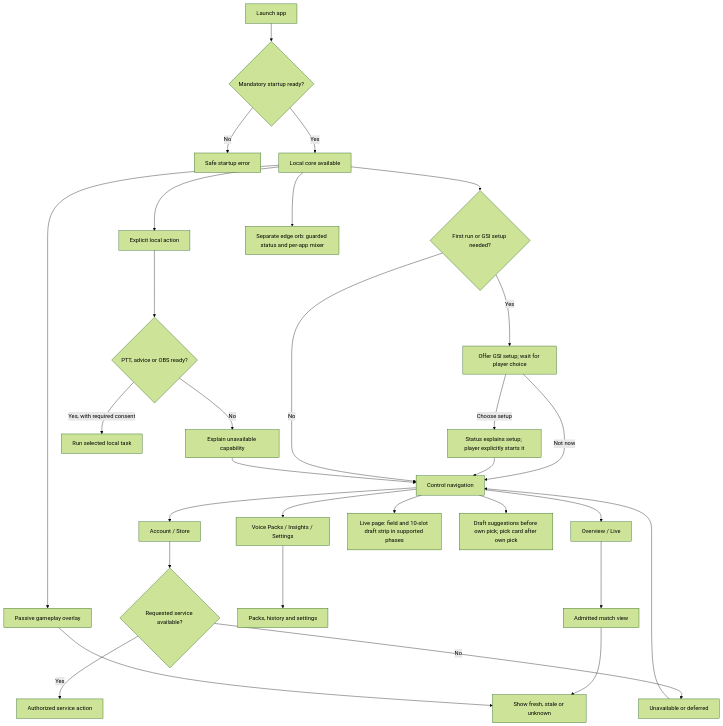
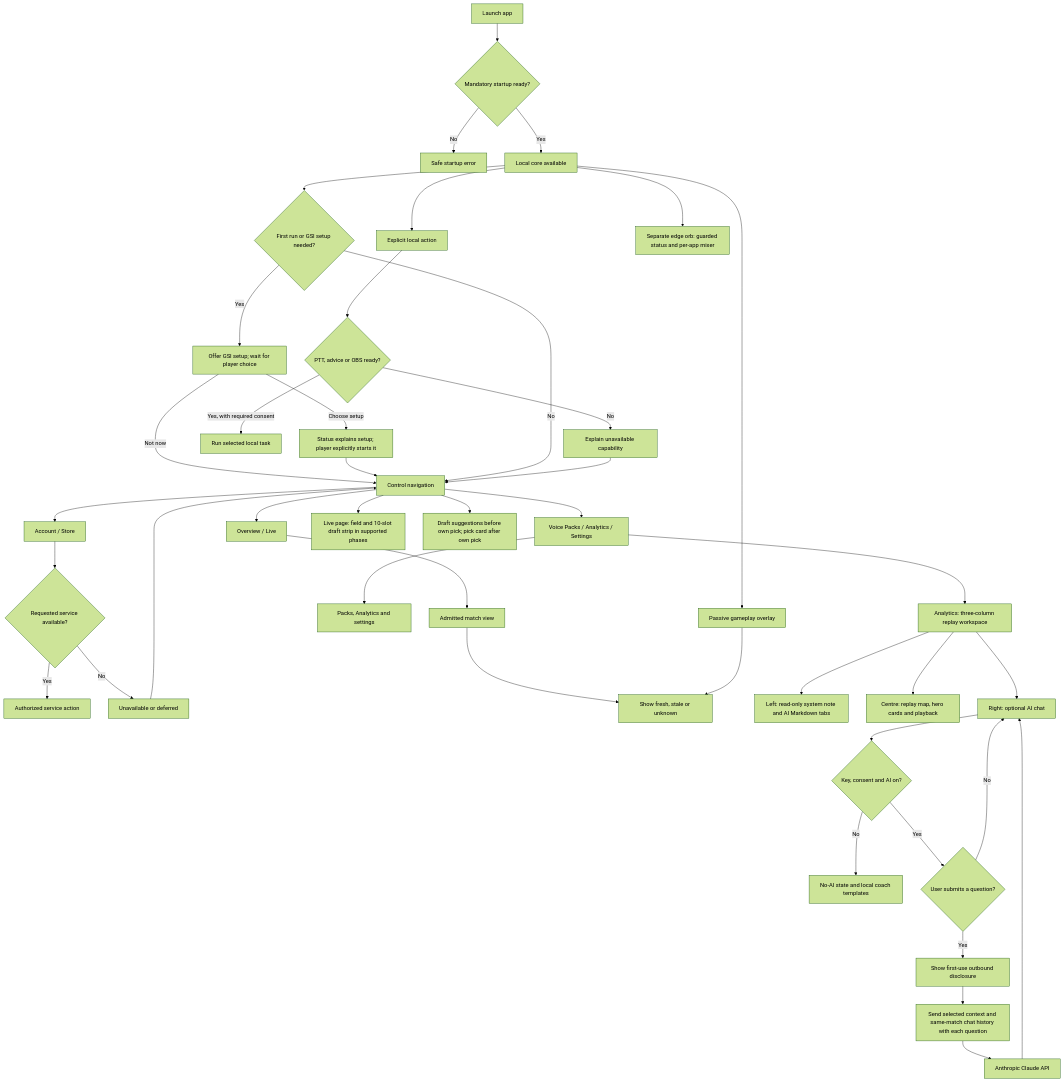
Before and after one commit to Freshair129/kohbor: the diagram in docs/diagrams/source/DGM-017-user-flow.mmd, drawn with Mermaid (forest theme). The commit also changed 58 other files, not shown here.

First line of the commit message:
feat(analytics): three-column Analytics page with Claude chat on the user's key

```diff
--- a/docs/diagrams/source/DGM-017-user-flow.mmd
+++ b/docs/diagrams/source/DGM-017-user-flow.mmd
@@ -1,34 +1,46 @@
 flowchart TB
   Start["Launch app"] --> Ready{"Mandatory startup ready?"}
   Ready -->|No| Error["Safe startup error"]
   Ready -->|Yes| Core["Local core available"]
   Core --> GsiCheck{"First run or GSI setup needed?"}
   GsiCheck -->|Yes| SetupPrompt["Offer GSI setup; wait for player choice"]
   SetupPrompt -->|Choose setup| GsiSetup["Status explains setup; player explicitly starts it"]
   SetupPrompt -->|Not now| Nav
   GsiSetup --> Nav
   GsiCheck -->|No| Nav
   Nav["Control navigation"]
   Core --> Overlay["Passive gameplay overlay"]
   Core --> Act["Explicit local action"]
 
   Nav --> Match["Overview / Live"]
-  Nav --> Tools["Voice Packs / Insights / Settings"]
+  Nav --> Tools["Voice Packs / Analytics / Settings"]
   Nav --> Optional["Account / Store"]
   Nav --> Live["Live page: field and 10-slot draft strip in supported phases"]
   Nav --> Pick["Draft suggestions before own pick; pick card after own pick"]
   Core --> Orb["Separate edge orb: guarded status and per-app mixer"]
   Match --> Read["Admitted match view"]
-  Tools --> Manage["Packs, history and settings"]
+  Tools --> Manage["Packs, Analytics and settings"]
   Optional --> Service{"Requested service available?"}
   Service -->|Yes| Access["Authorized service action"]
   Service -->|No| Deferred["Unavailable or deferred"]
 
   Act --> Task{"PTT, advice or OBS ready?"}
   Task -->|Yes, with required consent| Run["Run selected local task"]
   Task -->|No| Explain["Explain unavailable capability"]
 
   Read --> Truth["Show fresh, stale or unknown"]
   Overlay --> Truth
+  Tools --> Analytics["Analytics: three-column replay workspace"]
+  Analytics --> Documents["Left: read-only system note and AI Markdown tabs"]
+  Analytics --> Map["Centre: replay map, hero cards and playback"]
+  Analytics --> ChatPanel["Right: optional AI chat"]
+  ChatPanel --> AiGate{"Key, consent and AI on?"}
+  AiGate -->|No| Template["No-AI state and local coach templates"]
+  AiGate -->|Yes| Submit{"User submits a question?"}
+  Submit -->|Yes| Consent["Show first-use outbound disclosure"]
+  Submit -->|No| ChatPanel
+  Consent --> Request["Send selected context and same-match chat history with each question"]
+  Request --> Anthropic["Anthropic Claude API"]
+  Anthropic --> ChatPanel
   Deferred --> Nav
   Explain --> Nav
```
